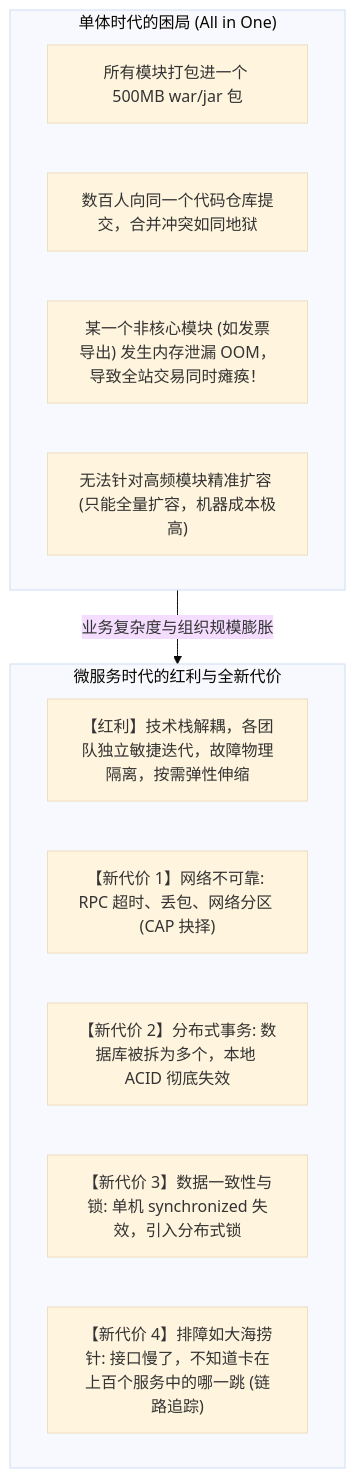
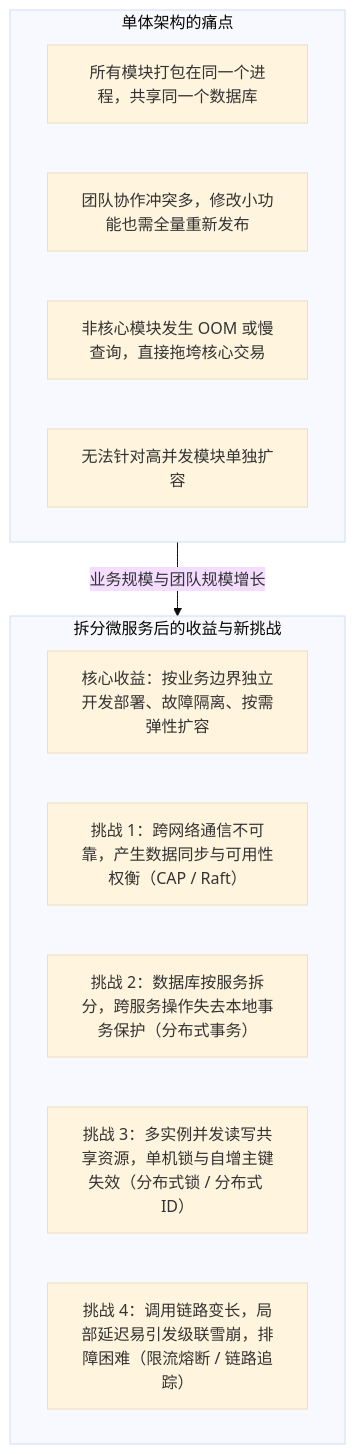
The first of 2 diagrams in 20-Java后端/07-分布式与微服务/00-分布式与微服务全景与心智模型.md (GuoWWWX/knowledge-base), drawn with Mermaid (base theme) before and after one commit. The commit also changed other lines of this file and 251 other files, not shown here.

````diff
--- a/20-Java后端/07-分布式与微服务/00-分布式与微服务全景与心智模型.md
+++ b/20-Java后端/07-分布式与微服务/00-分布式与微服务全景与心智模型.md
@@ -30,19 +34,19 @@
 ```mermaid
 flowchart TD
-    subgraph 单体时代的困局["单体时代的困局 (All in One)"]
-        M1["所有模块打包进一个 500MB war/jar 包"]
-        M2["数百人向同一个代码仓库提交，合并冲突如同地狱"]
-        M3["某一个非核心模块 (如发票导出) 发生内存泄漏 OOM，导致全站交易同时瘫痪！"]
-        M4["无法针对高频模块精准扩容 (只能全量扩容，机器成本极高)"]
+    subgraph Monolith["单体架构的痛点"]
+        M1["所有模块打包在同一个进程，共享同一个数据库"]
+        M2["团队协作冲突多，修改小功能也需全量重新发布"]
+        M3["非核心模块发生 OOM 或慢查询，直接拖垮核心交易"]
+        M4["无法针对高并发模块单独扩容"]
     end
 
-    subgraph 微服务时代的红利与新代价["微服务时代的红利与全新代价"]
-        S1["【红利】技术栈解耦，各团队独立敏捷迭代，故障物理隔离，按需弹性伸缩"]
-        S2["【新代价 1】网络不可靠: RPC 超时、丢包、网络分区 (CAP 抉择)"]
-        S3["【新代价 2】分布式事务: 数据库被拆为多个，本地 ACID 彻底失效"]
-        S4["【新代价 3】数据一致性与锁: 单机 synchronized 失效，引入分布式锁"]
-        S5["【新代价 4】排障如大海捞针: 接口慢了，不知道卡在上百个服务中的哪一跳 (链路追踪)"]
+    subgraph Microservice["拆分微服务后的收益与新挑战"]
+        S1["核心收益：按业务边界独立开发部署、故障隔离、按需弹性扩容"]
+        S2["挑战 1：跨网络通信不可靠，产生数据同步与可用性权衡（CAP / Raft）"]
+        S3["挑战 2：数据库按服务拆分，跨服务操作失去本地事务保护（分布式事务）"]
+        S4["挑战 3：多实例并发读写共享资源，单机锁与自增主键失效（分布式锁 / 分布式 ID）"]
+        S5["挑战 4：调用链路变长，局部延迟易引发级联雪崩，排障困难（限流熔断 / 链路追踪）"]
     end
 
-    单体时代的困局 -->|"业务复杂度与组织规模膨胀"| 微服务时代的红利与新代价
+    Monolith -->|"业务规模与团队规模增长"| Microservice
 ```
````
